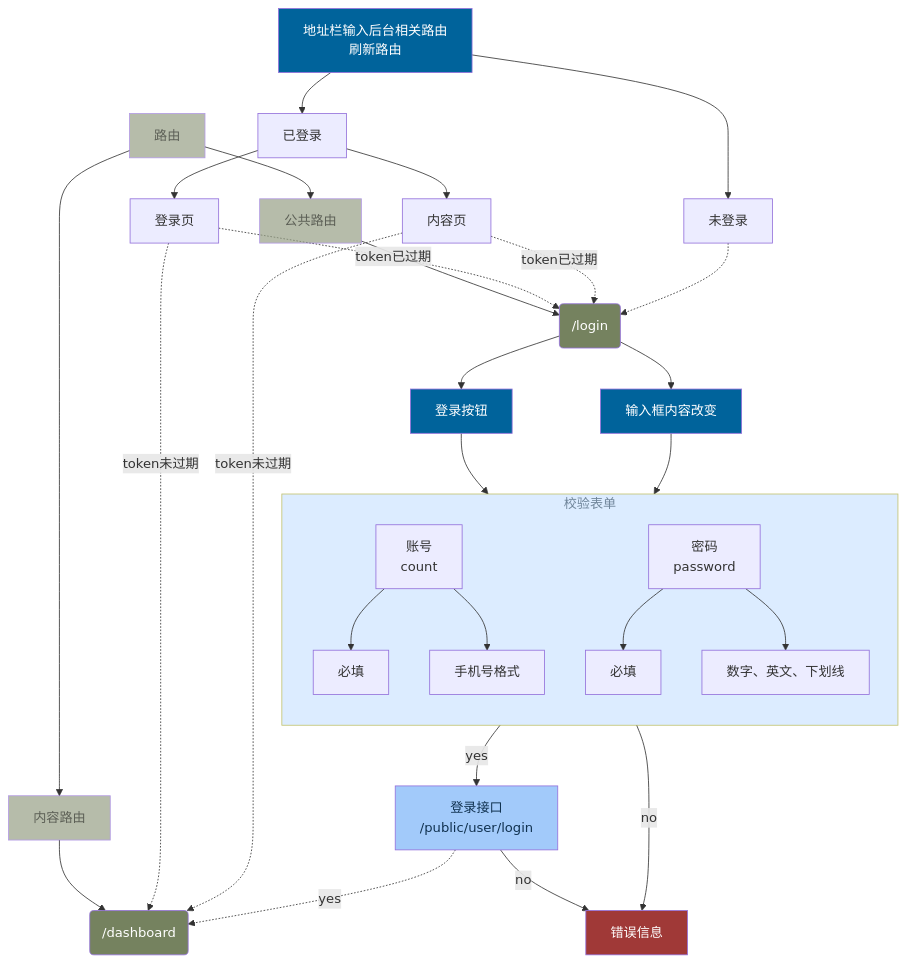
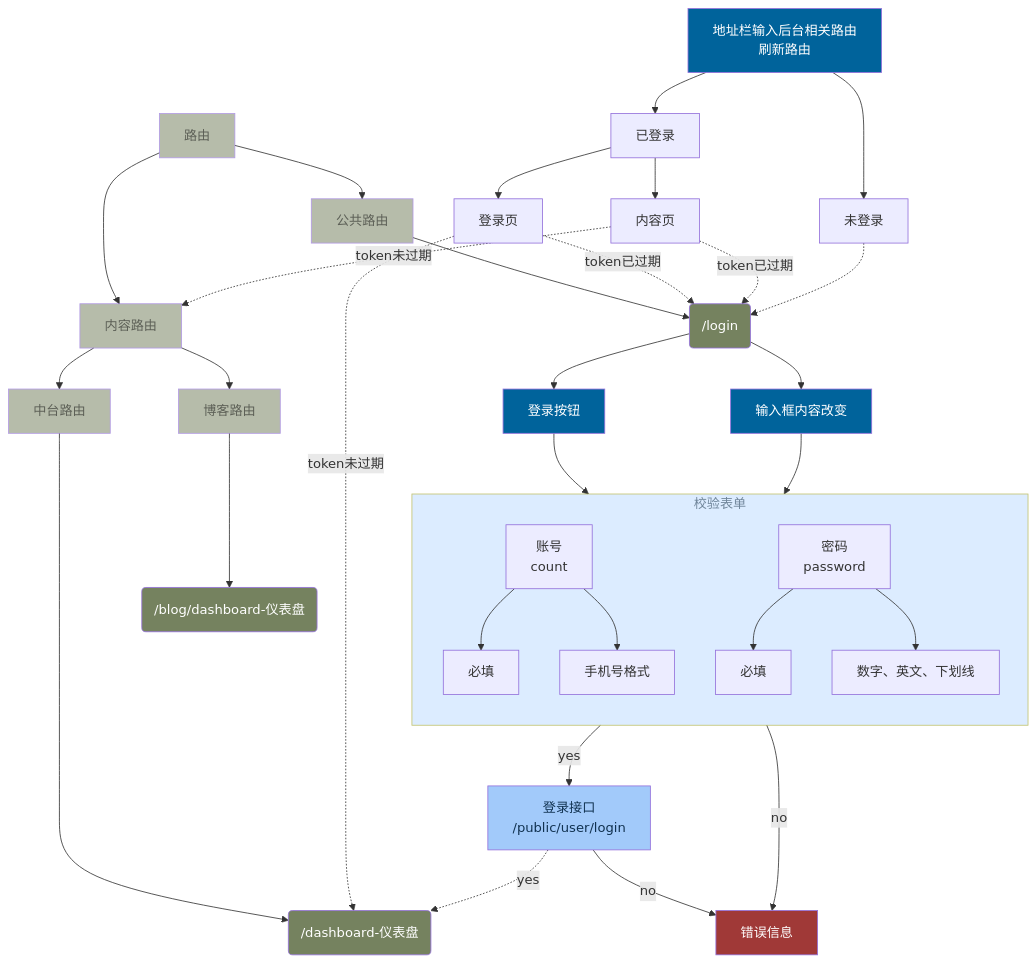
Before and after one commit to PomeloCoke/practice: the diagram in project/coke-system/src/settings/flow.md, drawn with Mermaid. The commit also changed 1 other file, not shown here.

````diff
--- a/project/coke-system/src/settings/flow.md
+++ b/project/coke-system/src/settings/flow.md
@@ -1,40 +1,45 @@
 ```mermaid
 flowchart TB
 	classDef page fill:#75825F,color:#FFF
 	classDef catalog fill:#98A187,color:#000,opacity:0.7
 	classDef operate fill:#00639B,color:#FFF
 	classDef asyncOperate fill:#CEE5FF,color:#001D33,opacity:0.7
 	classDef api fill:#A2CAFA,color:#113250
 	classDef toast_error fill:#A03937,color:#FFF
 
   %% 路由列表
 	Routes["路由"]:::catalog --> publicRoutes["公共路由"] & contentRoutes["内容路由"]
 	publicRoutes:::catalog --> login
-	contentRoutes:::catalog --> dashboard
+	contentRoutes:::catalog --> platformRoutes["中台路由"]
+	contentRoutes --> blogRoutes["博客路由"]
+	blogRoutes:::catalog --> blog_dashboard("/blog/dashboard-仪表盘"):::page
+	platformRoutes:::catalog --> dashboard
 
   %% 登录流程图
 
   Operate1_1["地址栏输入后台相关路由\n刷新路由"]:::operate --> Status1_1["已登录"] & Status1_2["未登录"]
 		Status1_1 --> Target1_1["登录页"] & Target1_2["内容页"]
 			Target1_1 -.-> |token已过期| login("/login"):::page
-			Target1_1 -.-> |token未过期| dashboard("/dashboard"):::page
+			Target1_1 -.-> |token未过期| dashboard("/dashboard-仪表盘"):::page
 			Target1_2 -.-> |token已过期| login
-			Target1_2 -.-> |token未过期| dashboard
+			Target1_2 -.-> |token未过期| contentRoutes
 		Status1_2 -.-> login
 
 
 
 	login --> Operate2_1["登录按钮"] & Operate2_2["输入框内容改变"]
 		subgraph ValidLoginForm["校验表单"]
 		direction TB
 			form2_1["账号\ncount"] & form2_2["密码\npassword"]
 				form2_1 --> valid2_1_1["必填"] & valid2_1_2["手机号格式"]
 				form2_2 --> valid2_2_1["必填"] & valid2_2_2["数字、英文、下划线"]
+
+				
 		end
 		Operate2_1:::operate -->ValidLoginForm
 		Operate2_2:::operate -->ValidLoginForm
 		ValidLoginForm:::asyncOperate --> |yes| Api2_1["登录接口\n /public/user/login"]:::api
 		ValidLoginForm --> |no| Toast2_1["错误信息"]:::toast_error
 		Api2_1 -.-> |yes| dashboard
 		Api2_1 --> |no| Toast2_1
 ```
````
